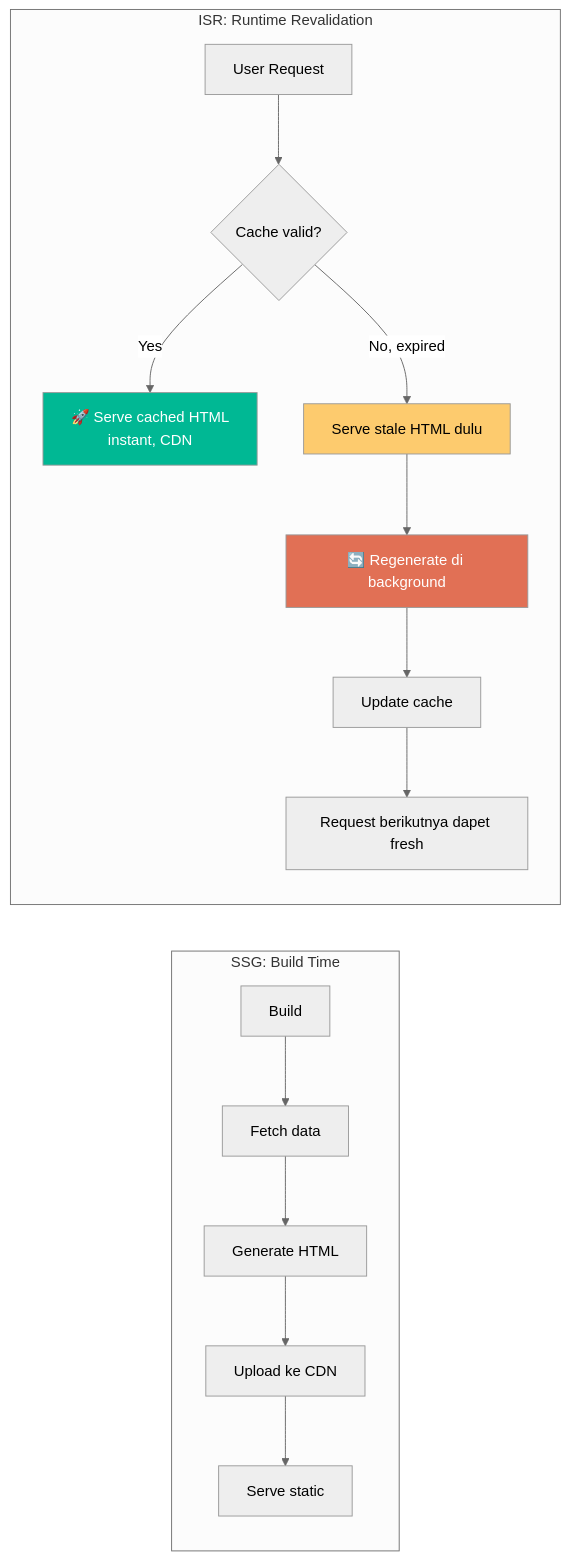
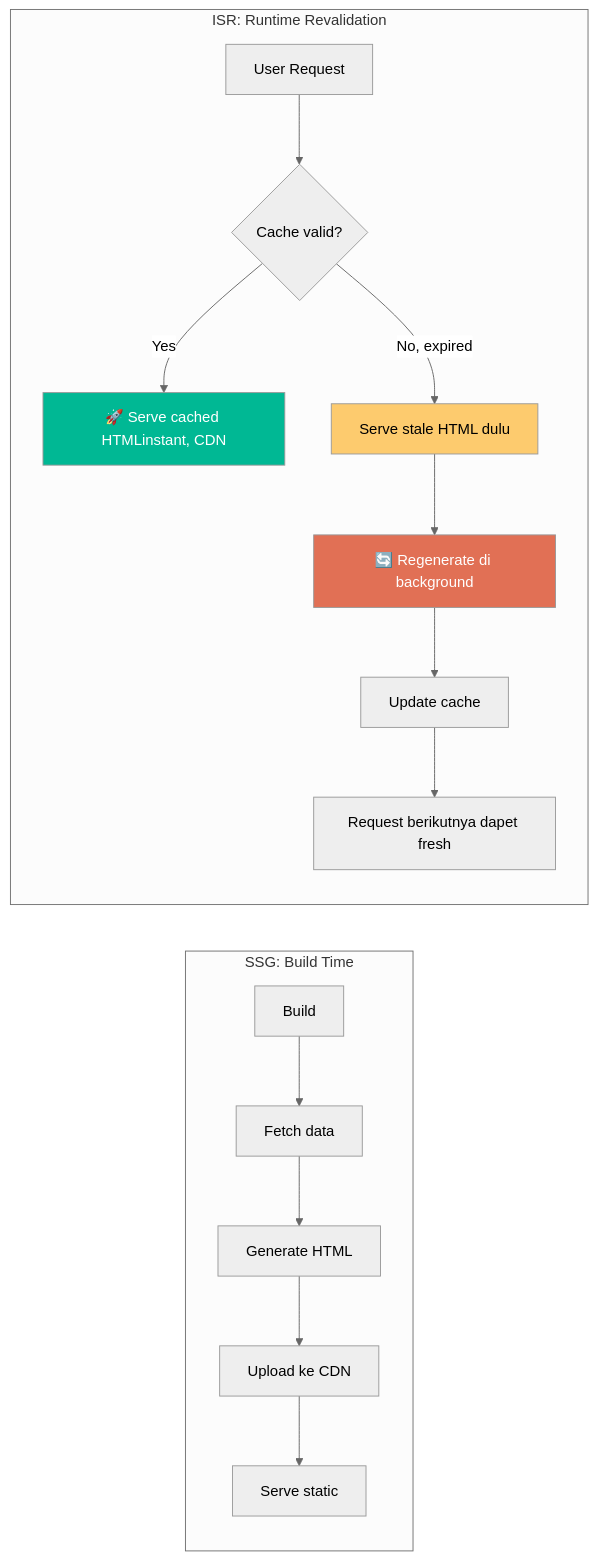
The third of 10 diagrams in src/content/materials/web/nextjs-framework-react-paling-teroptimasi-yang-pernah-dibangun.mdx (komandro-ccit/komandro-ccit.github.io), drawn with Mermaid (neutral theme) before and after one commit. The commit also changed other lines of this file and 235 other files, not shown here.

````diff
--- a/src/content/materials/web/nextjs-framework-react-paling-teroptimasi-yang-pernah-dibangun.mdx
+++ b/src/content/materials/web/nextjs-framework-react-paling-teroptimasi-yang-pernah-dibangun.mdx
@@ -222,22 +222,22 @@
 ```mermaid
 flowchart LR
     subgraph "SSG: Build Time"
         A[Build] --> B[Fetch data]
         B --> C[Generate HTML]
         C --> D[Upload ke CDN]
         D --> E[Serve static]
     end
 
     subgraph "ISR: Runtime Revalidation"
         F[User Request] --> G{Cache valid?}
-        G -->|Yes| H[🚀 Serve cached HTML<br/>instant, CDN]
+        G -->|Yes| H[🚀 Serve cached HTMLinstant, CDN]
         G -->|No, expired| I[Serve stale HTML dulu]
         I --> J[🔄 Regenerate di background]
         J --> K[Update cache]
         K --> L[Request berikutnya dapet fresh]
     end
 
     style H fill:#00b894,color:#fff
     style I fill:#fdcb6e,color:#000
     style J fill:#e17055,color:#fff
 ```
````
